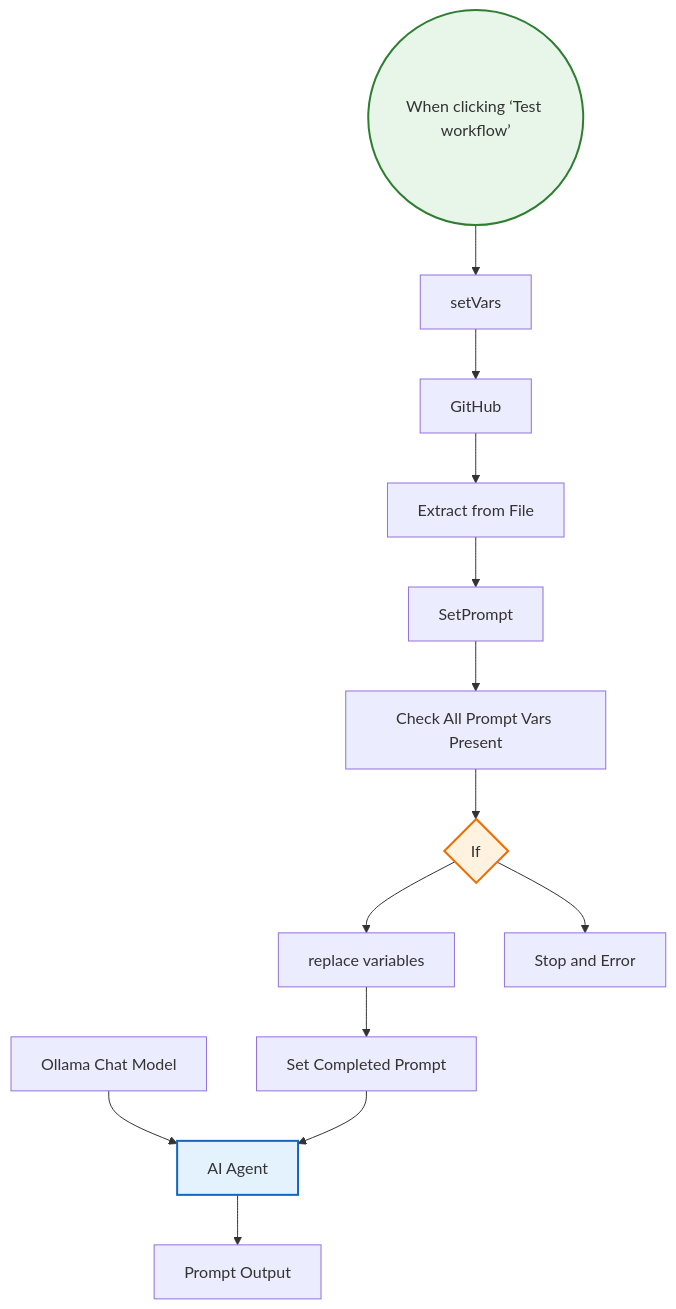
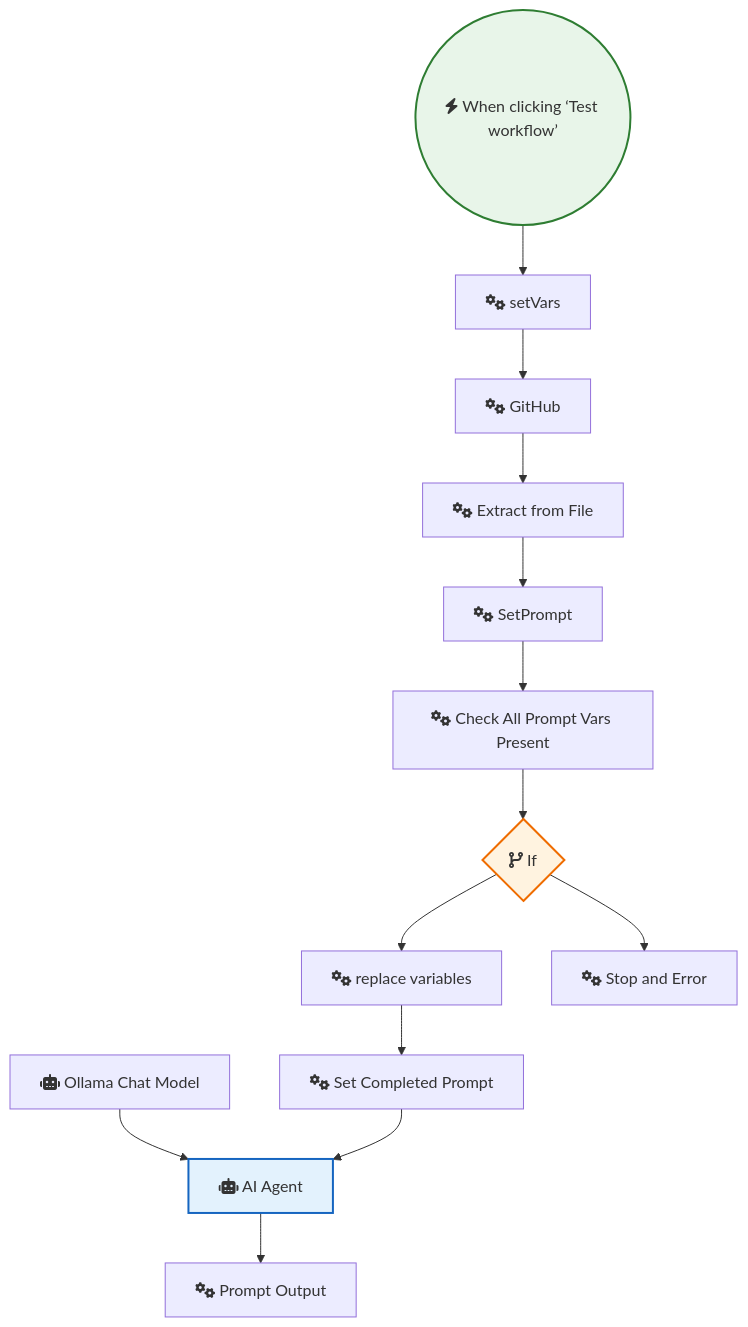
The diagram in OpenAI_and_LLMs/Load Prompts From Github Repo and Auto Populate N8n Expressions.md (sreyash3105/N8N-DEMO-AUTOMATIONS), drawn with Mermaid before and after one commit. The commit also changed 291 other files, not shown here.

````diff
--- a/OpenAI_and_LLMs/Load Prompts From Github Repo and Auto Populate N8n Expressions.md
+++ b/OpenAI_and_LLMs/Load Prompts From Github Repo and Auto Populate N8n Expressions.md
@@ -1,33 +1,33 @@
 ```mermaid
 graph TD
     classDef trigger fill:#e8f5e9,stroke:#2e7d32,stroke-width:2px;
     classDef ai fill:#e3f2fd,stroke:#1565c0,stroke-width:2px;
     classDef logic fill:#fff3e0,stroke:#ef6c00,stroke-width:2px;
 
-    When_clicking__Test_workflow_(("When clicking ‘Test workflow’")):::trigger
-    GitHub["GitHub"]
-    Extract_from_File["Extract from File"]
-    setVars["setVars"]
-    replace_variables["replace variables"]
-    If{"If"}:::logic
-    Check_All_Prompt_Vars_Present["Check All Prompt Vars Present"]
-    SetPrompt["SetPrompt"]
-    Stop_and_Error["Stop and Error"]
-    Set_Completed_Prompt["Set Completed Prompt"]
-    AI_Agent["AI Agent"]:::ai
-    Prompt_Output["Prompt Output"]
-    Ollama_Chat_Model["Ollama Chat Model"]
+    When_clicking__Test_workflow_(("fas:fa-bolt When clicking ‘Test workflow’")):::trigger
+    GitHub["fas:fa-cogs GitHub"]
+    Extract_from_File["fas:fa-cogs Extract from File"]
+    setVars["fas:fa-cogs setVars"]
+    replace_variables["fas:fa-cogs replace variables"]
+    If{"fas:fa-code-branch If"}:::logic
+    Check_All_Prompt_Vars_Present["fas:fa-cogs Check All Prompt Vars Present"]
+    SetPrompt["fas:fa-cogs SetPrompt"]
+    Stop_and_Error["fas:fa-cogs Stop and Error"]
+    Set_Completed_Prompt["fas:fa-cogs Set Completed Prompt"]
+    AI_Agent["fas:fa-robot AI Agent"]:::ai
+    Prompt_Output["fas:fa-cogs Prompt Output"]
+    Ollama_Chat_Model["fas:fa-robot Ollama Chat Model"]
 
     If --> replace_variables
     If --> Stop_and_Error
     GitHub --> Extract_from_File
     setVars --> GitHub
     AI_Agent --> Prompt_Output
     SetPrompt --> Check_All_Prompt_Vars_Present
     Extract_from_File --> SetPrompt
     Ollama_Chat_Model --> AI_Agent
     replace_variables --> Set_Completed_Prompt
     Set_Completed_Prompt --> AI_Agent
     Check_All_Prompt_Vars_Present --> If
     When_clicking__Test_workflow_ --> setVars
 ```
````
